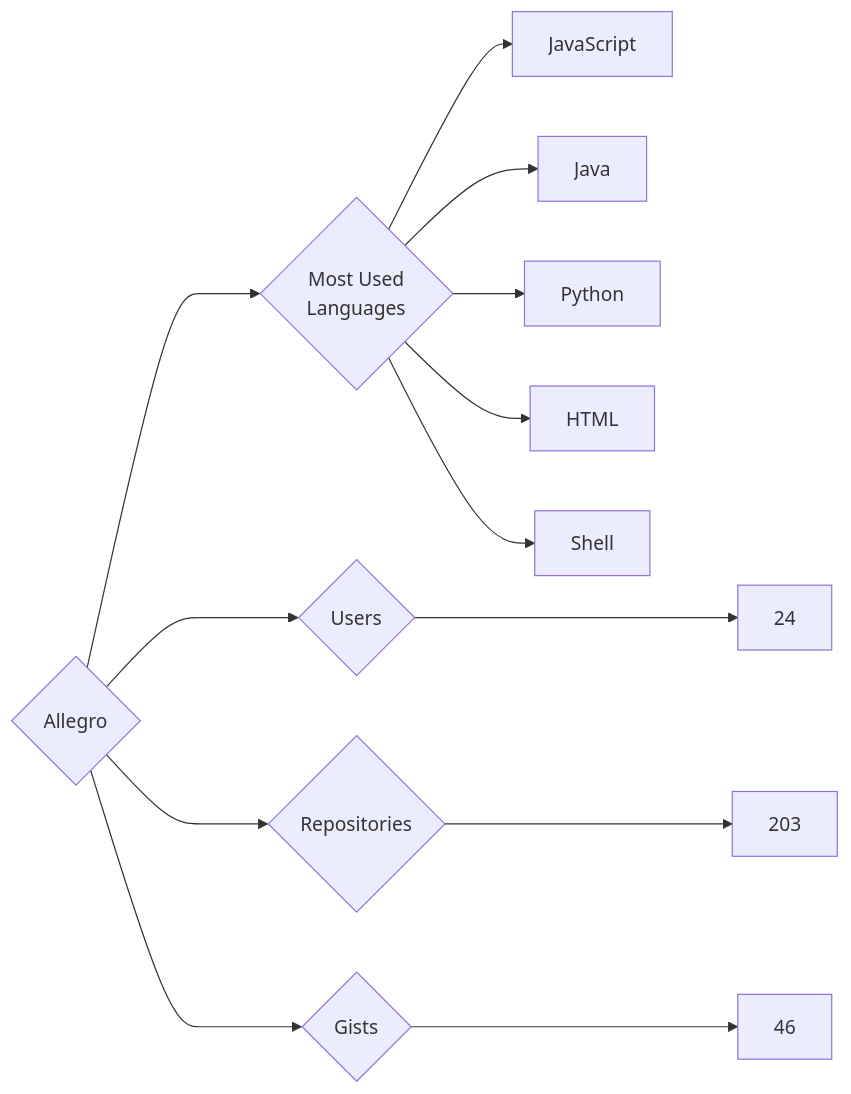
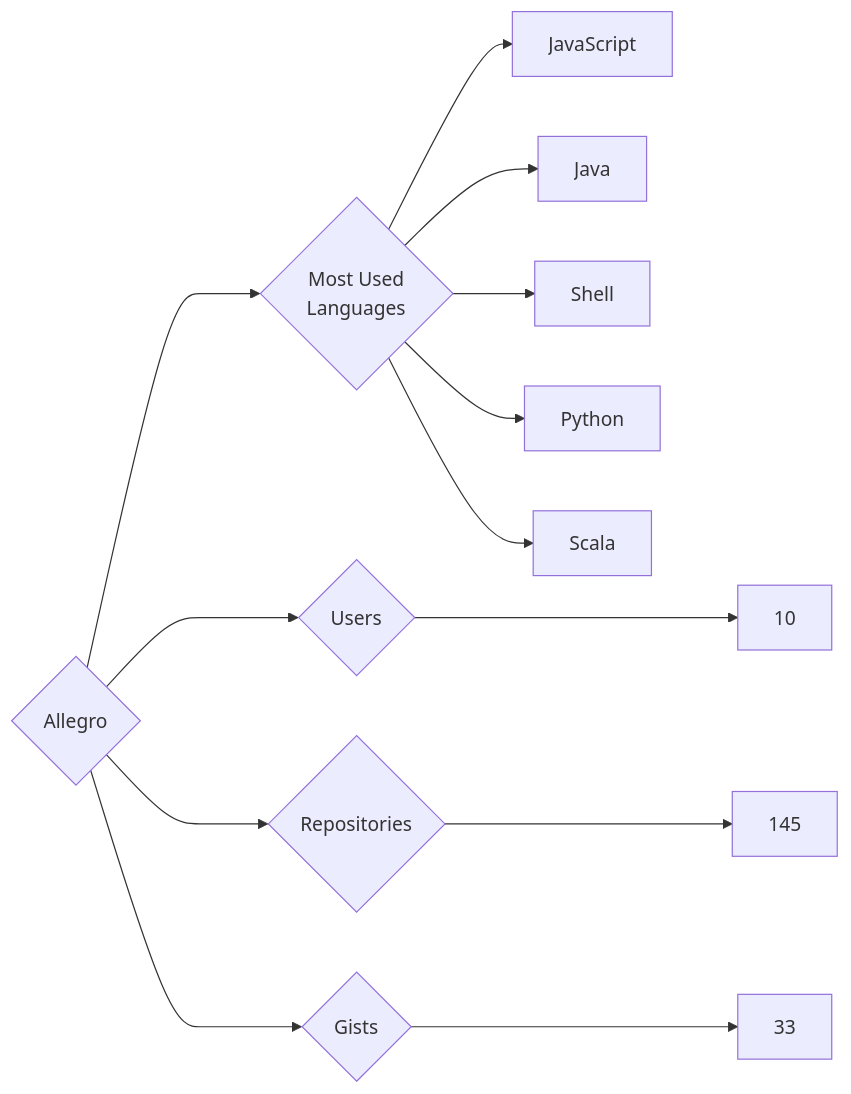
The diagram in targets/Allegro/README.md (trickest/insiders), drawn with Mermaid before and after one commit. The commit also changed 622 other files, not shown here.

````diff
--- a/targets/Allegro/README.md
+++ b/targets/Allegro/README.md
@@ -3,13 +3,13 @@
 ```mermaid
 graph LR
 COMPANY_NAME{Allegro}
-COMPANY_NAME ---> U{Users} ---> UN[24]
-COMPANY_NAME ---> R{Repositories} ---> RN[203]
-COMPANY_NAME ---> G{Gists} ---> GN[46]
+COMPANY_NAME ---> U{Users} ---> UN[10]
+COMPANY_NAME ---> R{Repositories} ---> RN[145]
+COMPANY_NAME ---> G{Gists} ---> GN[33]
 COMPANY_NAME ---> ML{Most Used<br>Languages}
 ML --> JavaScript[JavaScript]
 ML --> Java[Java]
+ML --> Shell[Shell]
 ML --> Python[Python]
-ML --> HTML[HTML]
-ML --> Shell[Shell]
+ML --> Scala[Scala]
 ```
````
